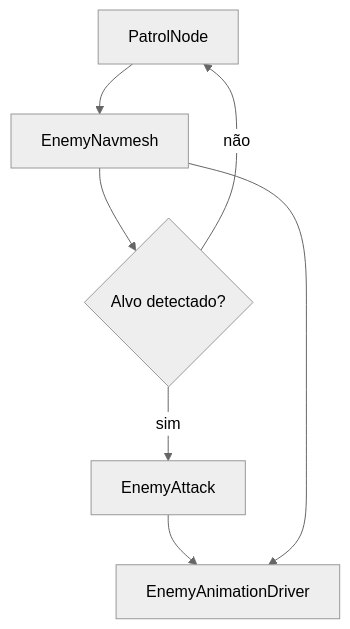
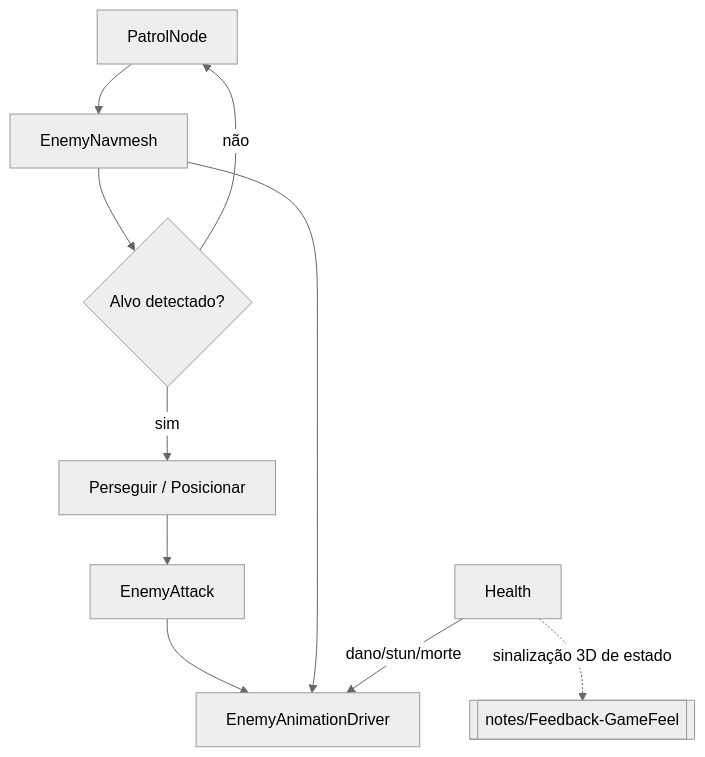
Before and after one commit to GabriBerp/ProjetoAction: the diagram in docs/notes/Enemy.md, drawn with Mermaid (neutral theme). The commit also changed other lines of this file and 17 other files, not shown here.

````diff
--- a/docs/notes/Enemy.md
+++ b/docs/notes/Enemy.md
@@ -20,9 +25,13 @@
 ```mermaid
 flowchart TD
     Patrol[PatrolNode] --> Nav[EnemyNavmesh]
     Nav --> Decide{Alvo detectado?}
     Decide -->|não| Patrol
-    Decide -->|sim| Attack[EnemyAttack]
+    Decide -->|sim| Chase[Perseguir / Posicionar]
+    Chase --> Attack[EnemyAttack]
     Attack --> Anim[EnemyAnimationDriver]
     Nav --> Anim
+
+    Health[Health] -->|dano/stun/morte| Anim
+    Health -.->|sinalização 3D de estado| FB[[notes/Feedback-GameFeel]]
 ```
````
